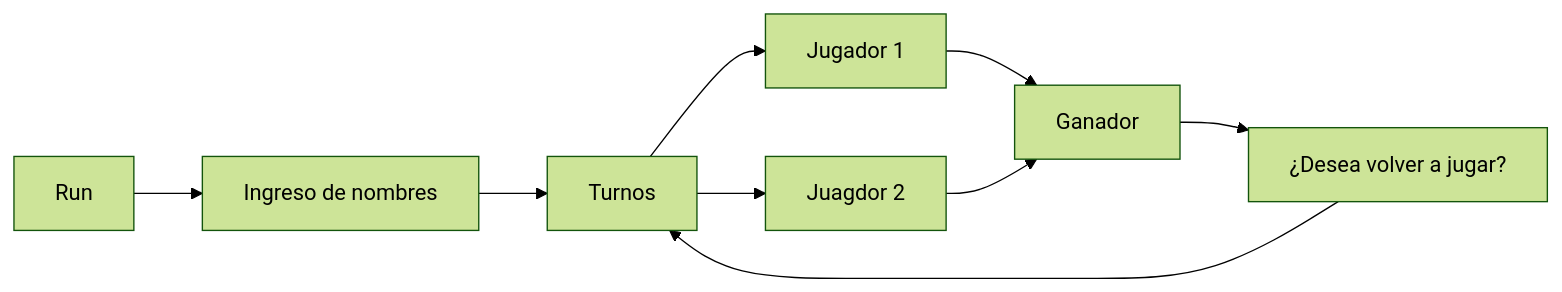
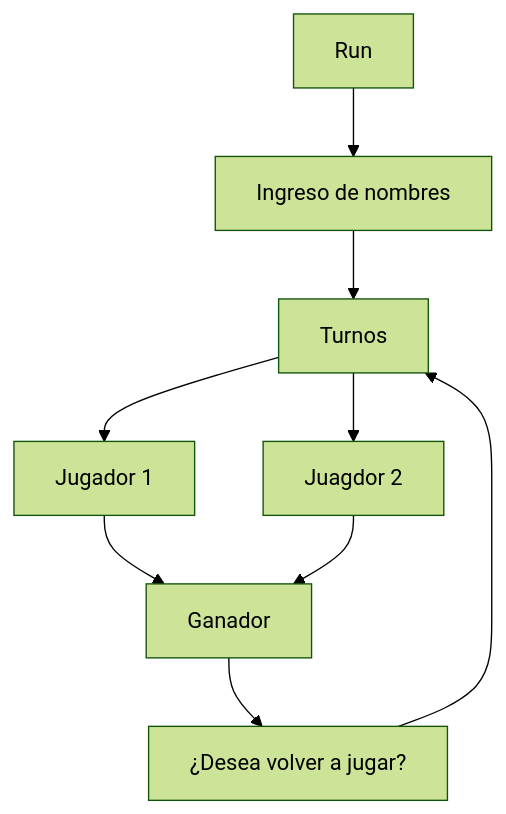
Before and after one commit to Dxnale/gravity-connect4: the diagram in README.md, drawn with Mermaid (forest theme).

Commit message:
correccion en Mermaid de Readme.md

````diff
--- a/README.md
+++ b/README.md
@@ -6,11 +6,11 @@
-:::mermaid
-graph LR;
+```mermaid
+  graph TD;
 A[Run] --> B[Ingreso de nombres];
 B --> C[Turnos];
 C --> D[Jugador 1];
 C --> E[Juagdor 2];
 D --> F[Ganador];
 E --> F;
 F --> G[¿Desea volver a jugar?];
 G --> C;
-:::
+```
````
